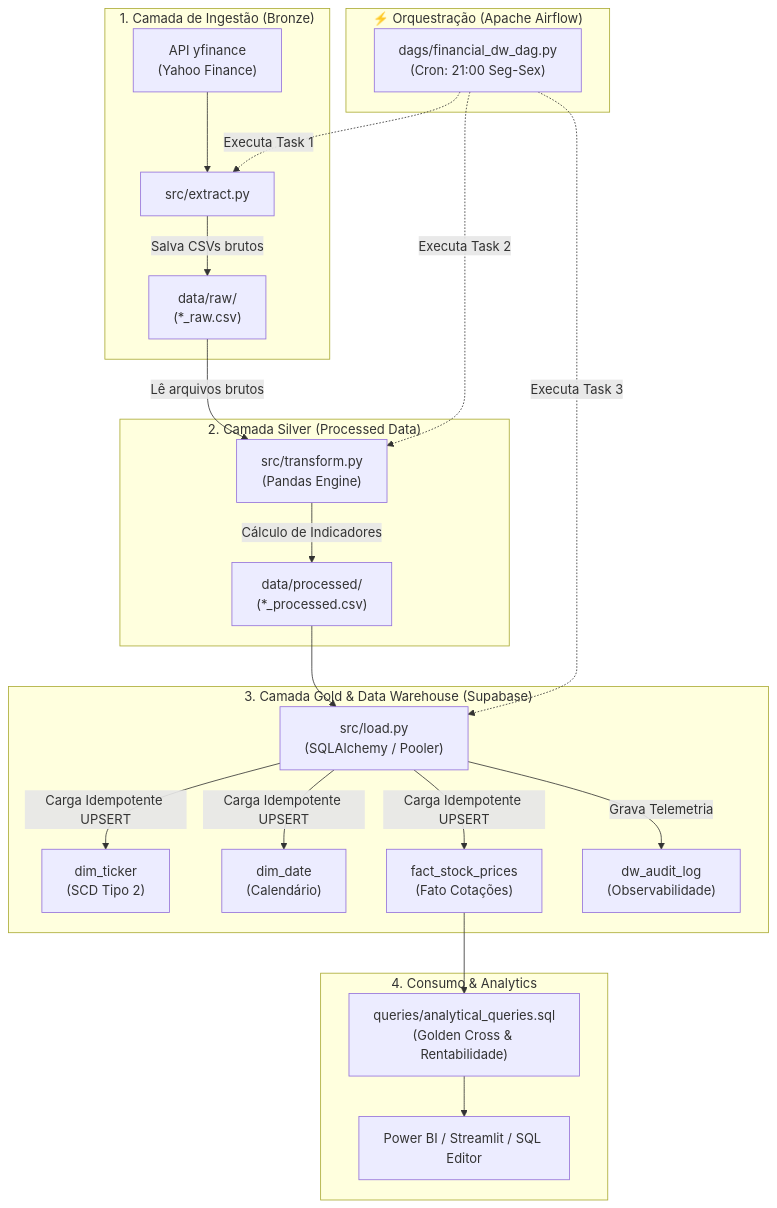
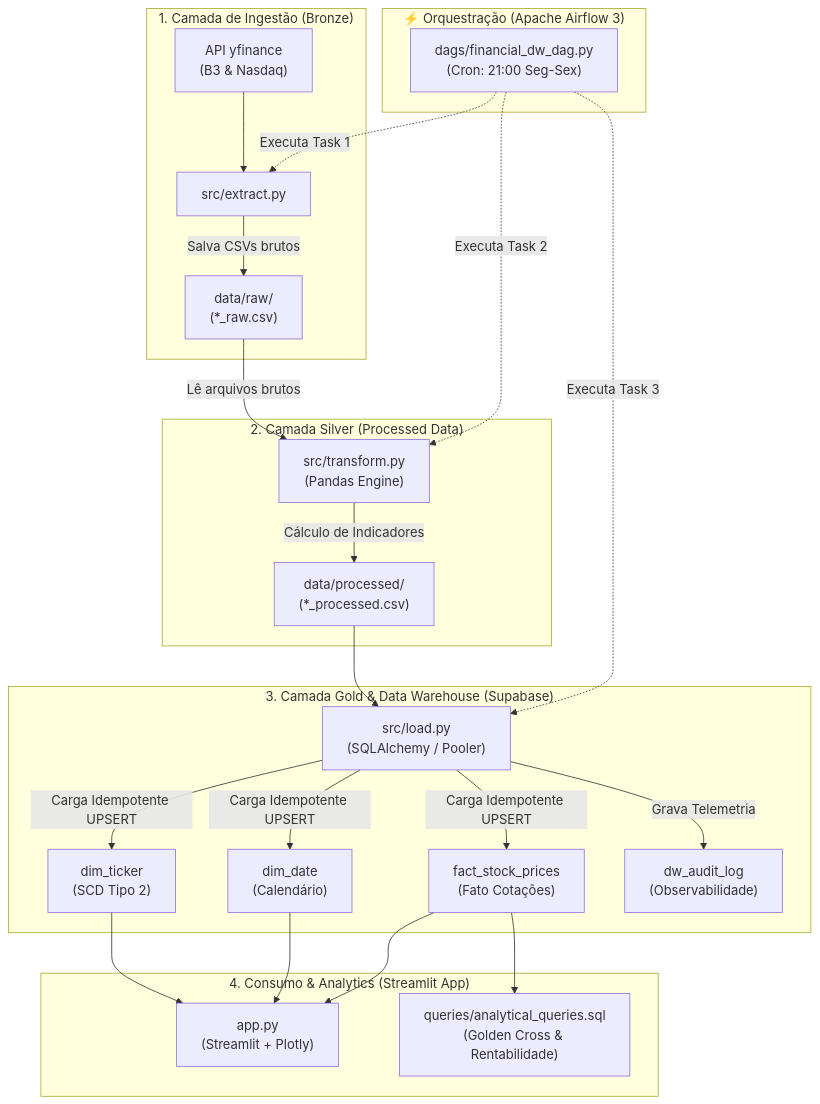
The diagram in README.md (loweri/financial-etl-pipeline), drawn with Mermaid before and after one commit. The commit also changed other lines of this file and 1 other file, not shown here.

Commit message:
docs: atualiza README com dashboard interativo streamlit e screenshots

````diff
--- a/README.md
+++ b/README.md
@@ -12,46 +35,48 @@
 ```mermaid
 flowchart TD
-    subgraph Orquestracao ["⚡ Orquestração (Apache Airflow)"]
+    subgraph Orquestracao ["⚡ Orquestração (Apache Airflow 3)"]
         DAG["dags/financial_dw_dag.py\n(Cron: 21:00 Seg-Sex)"]
     end
 
     subgraph Ingestao ["1. Camada de Ingestão (Bronze)"]
-        API["API yfinance\n(Yahoo Finance)"]
+        API["API yfinance\n(B3 & Nasdaq)"]
         PY_EXT["src/extract.py"]
         RAW["data/raw/\n(*_raw.csv)"]
         API --> PY_EXT
         PY_EXT -->|Salva CSVs brutos| RAW
     end
 
     subgraph Silver ["2. Camada Silver (Processed Data)"]
         PY_TRF["src/transform.py\n(Pandas Engine)"]
         PROC["data/processed/\n(*_processed.csv)"]
         RAW -->|Lê arquivos brutos| PY_TRF
         PY_TRF -->|Cálculo de Indicadores| PROC
     end
 
     subgraph Gold ["3. Camada Gold & Data Warehouse (Supabase)"]
         PY_LOAD["src/load.py\n(SQLAlchemy / Pooler)"]
         DW_DIM_T["dim_ticker\n(SCD Tipo 2)"]
         DW_DIM_D["dim_date\n(Calendário)"]
         DW_FACT["fact_stock_prices\n(Fato Cotações)"]
         DW_LOG["dw_audit_log\n(Observabilidade)"]
 
         PROC --> PY_LOAD
         PY_LOAD -->|Carga Idempotente UPSERT| DW_DIM_T
         PY_LOAD -->|Carga Idempotente UPSERT| DW_DIM_D
         PY_LOAD -->|Carga Idempotente UPSERT| DW_FACT
         PY_LOAD -->|Grava Telemetria| DW_LOG
     end
 
-    subgraph Consumo ["4. Consumo & Analytics"]
+    subgraph Consumo ["4. Consumo & Analytics (Streamlit App)"]
+        APP["app.py\n(Streamlit + Plotly)"]
         SQL_ANALYTICS["queries/analytical_queries.sql\n(Golden Cross & Rentabilidade)"]
-        BI["Power BI / Streamlit / SQL Editor"]
+        DW_FACT --> APP
+        DW_DIM_T --> APP
+        DW_DIM_D --> APP
         DW_FACT --> SQL_ANALYTICS
-        SQL_ANALYTICS --> BI
     end
 
     DAG -.->|Executa Task 1| PY_EXT
     DAG -.->|Executa Task 2| PY_TRF
     DAG -.->|Executa Task 3| PY_LOAD
 ```
````
